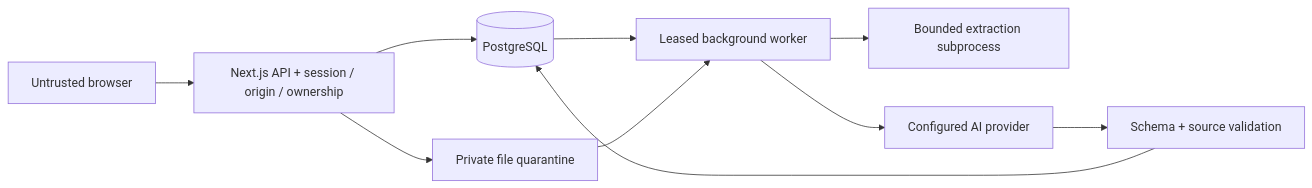
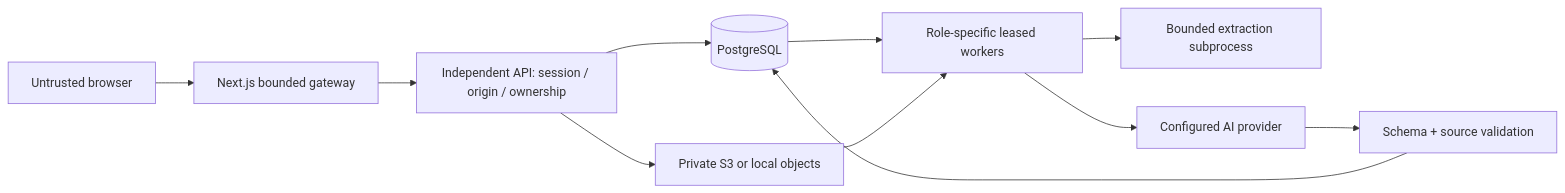
The diagram in docs/THREAT_MODEL.md (CSingh26/quiz-app), drawn with Mermaid before and after one commit. The commit also changed other lines of this file and 18 other files, not shown here.

````diff
--- a/docs/THREAT_MODEL.md
+++ b/docs/THREAT_MODEL.md
@@ -15,12 +17,13 @@
 ```mermaid
 flowchart LR
-  Browser[Untrusted browser] --> API[Next.js API + session / origin / ownership]
+  Browser[Untrusted browser] --> Web[Next.js bounded gateway]
+  Web --> API[Independent API: session / origin / ownership]
   API --> DB[(PostgreSQL)]
-  API --> Private[Private file quarantine]
-  DB --> Worker[Leased background worker]
+  API --> Private[Private S3 or local objects]
+  DB --> Worker[Role-specific leased workers]
   Private --> Worker
   Worker --> Parser[Bounded extraction subprocess]
   Worker --> AI[Configured AI provider]
   AI --> Validation[Schema + source validation]
   Validation --> DB
 ```
````
